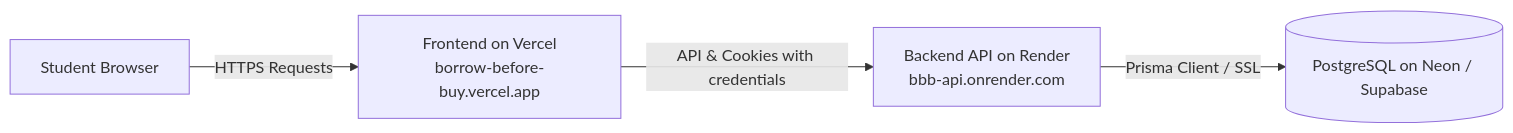
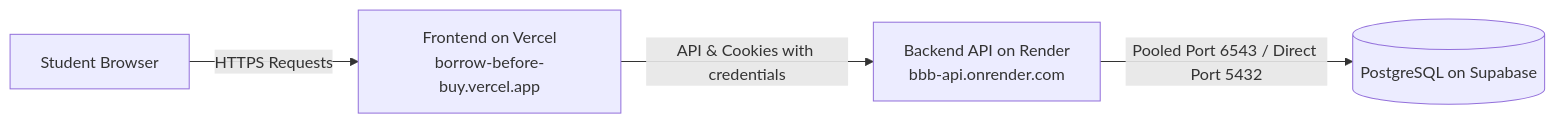
One commit to deepurao27/Borrow-Before-Buy changed the diagram in DEPLOYMENT.md. Above: the diagram before and after it, drawn with Mermaid. The commit also changed other lines of this file and 4 other files, not shown here.

Commit message:
feat: configure Prisma directUrl and deployment guide for Supabase

````diff
--- a/DEPLOYMENT.md
+++ b/DEPLOYMENT.md
@@ -12,6 +12,6 @@
 ```mermaid
 graph LR
     User[Student Browser] -->|HTTPS Requests| Vercel[Frontend on Vercel<br/>borrow-before-buy.vercel.app]
     Vercel -->|API & Cookies with credentials| Render[Backend API on Render<br/>bbb-api.onrender.com]
-    Render -->|Prisma Client / SSL| Neon[(PostgreSQL on Neon / Supabase)]
+    Render -->|Pooled Port 6543 / Direct Port 5432| Supabase[(PostgreSQL on Supabase)]
 ```
````
